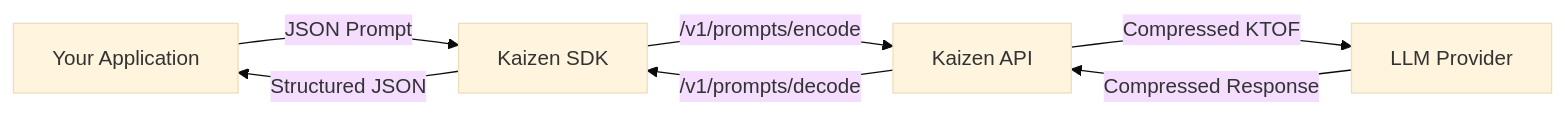
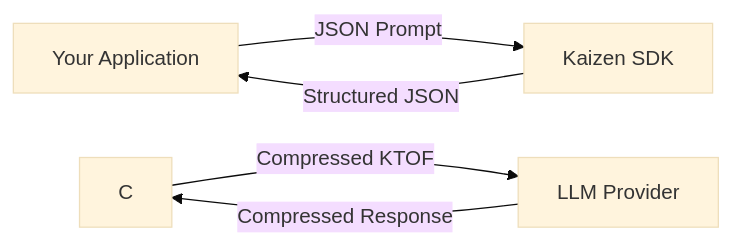
The diagram in index.mdx (getkaizen/kaizen-sdk), drawn with Mermaid (base theme) before and after one commit. The commit also changed other lines of this file, not shown here.

````diff
--- a/index.mdx
+++ b/index.mdx
@@ -52,9 +35,7 @@
 ```mermaid
 flowchart LR
     A[Your Application] -->|JSON Prompt| B[Kaizen SDK]
-    B -->|/v1/prompts/encode| C[Kaizen API]
     C -->|Compressed KTOF| D[LLM Provider]
     D -->|Compressed Response| C
-    C -->|/v1/prompts/decode| B
     B -->|Structured JSON| A
 ```
````
